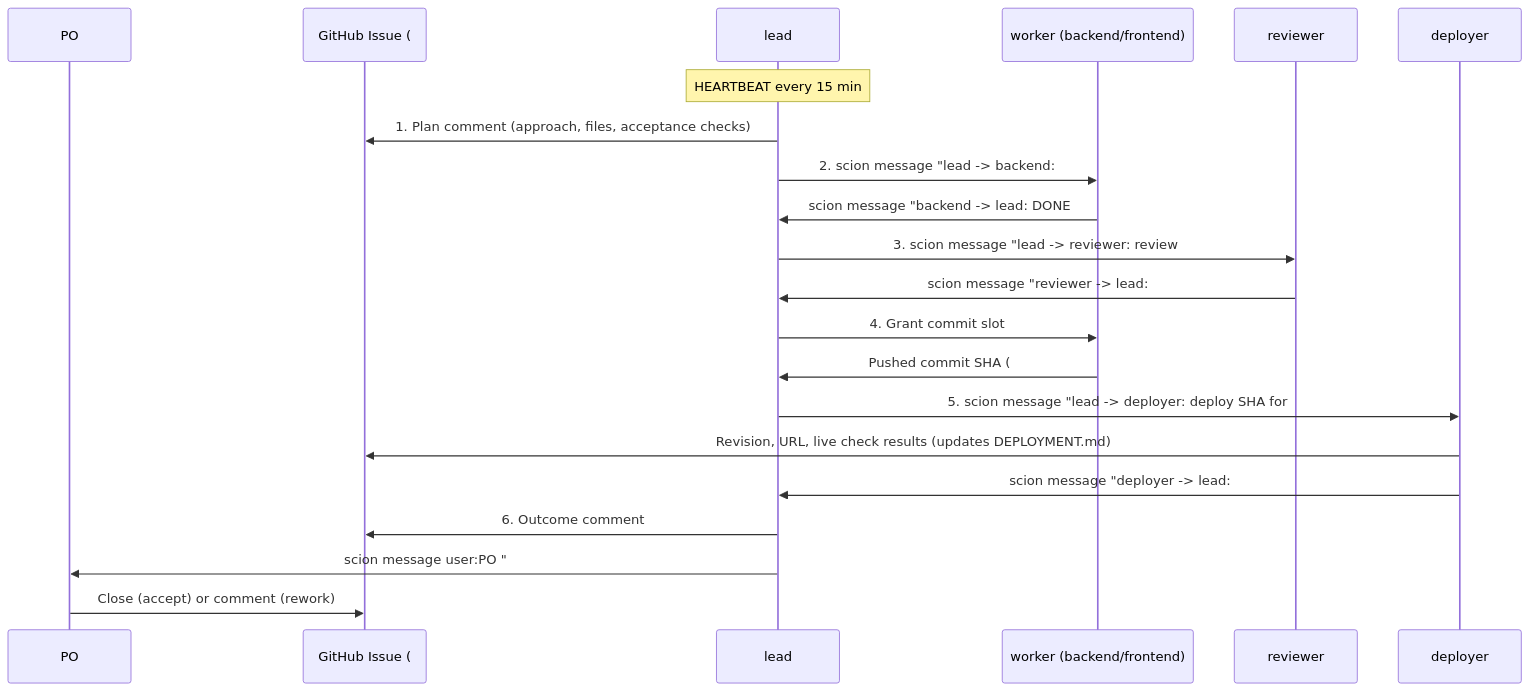
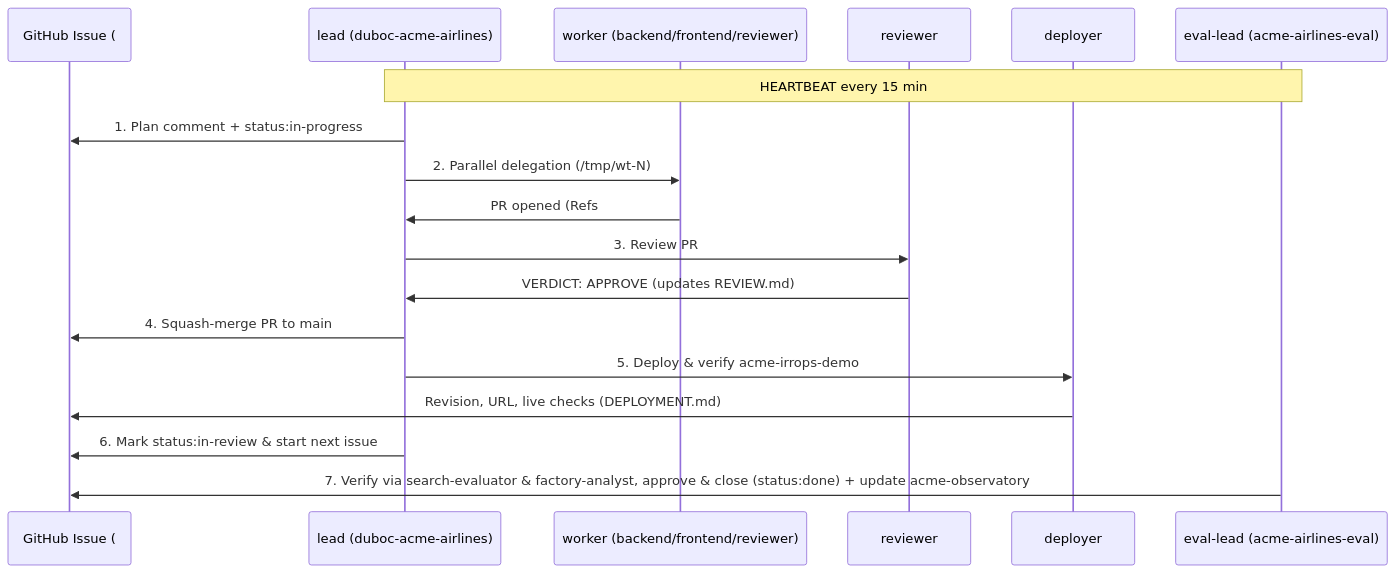
One commit to duboc/acme-airlines changed the second of 2 diagrams in docs/scion/02-agents-and-heartbeat.md. Above: the diagram before and after it, drawn with Mermaid. The commit also changed other lines of this file and 19 other files, not shown here.

Commit message:
feat(factory): add researcher & product-manager and enable parallel build + eval approval loop

````diff
--- a/docs/scion/02-agents-and-heartbeat.md
+++ b/docs/scion/02-agents-and-heartbeat.md
@@ -58,23 +60,20 @@
 ```mermaid
 sequenceDiagram
-    participant PO
     participant GH as GitHub Issue (#N)
-    participant L as lead
-    participant W as worker (backend/frontend)
+    participant L as lead (duboc-acme-airlines)
+    participant W as worker (backend/frontend/reviewer)
     participant R as reviewer
     participant D as deployer
-    Note over L: HEARTBEAT every 15 min
-    L->>GH: 1. Plan comment (approach, files, acceptance checks)
-    L->>W: 2. scion message "lead -> backend: #N: task, files, checks"
-    W->>L: scion message "backend -> lead: DONE #N: files, tests"
-    L->>R: 3. scion message "lead -> reviewer: review #N: files"
-    R->>L: scion message "reviewer -> lead: #N PASS: evidence" (updates REVIEW.md)
-    L->>W: 4. Grant commit slot
-    W->>L: Pushed commit SHA (#N)
-    L->>D: 5. scion message "lead -> deployer: deploy SHA for #N"
-    D->>GH: Revision, URL, live check results (updates DEPLOYMENT.md)
-    D->>L: scion message "deployer -> lead: #N deployed"
-    L->>GH: 6. Outcome comment
-    L->>PO: scion message user:PO "#N ready for acceptance"
-    PO->>GH: Close (accept) or comment (rework)
+    participant EL as eval-lead (acme-airlines-eval)
+    Note over L,EL: HEARTBEAT every 15 min
+    L->>GH: 1. Plan comment + status:in-progress
+    L->>W: 2. Parallel delegation (/tmp/wt-N)
+    W->>L: PR opened (Refs #N) + DONE message
+    L->>R: 3. Review PR #M
+    R->>L: VERDICT: APPROVE (updates REVIEW.md)
+    L->>GH: 4. Squash-merge PR to main
+    L->>D: 5. Deploy & verify acme-irrops-demo
+    D->>GH: Revision, URL, live checks (DEPLOYMENT.md)
+    L->>GH: 6. Mark status:in-review & start next issue
+    EL->>GH: 7. Verify via search-evaluator & factory-analyst, approve & close (status:done) + update acme-observatory
 ```
````
